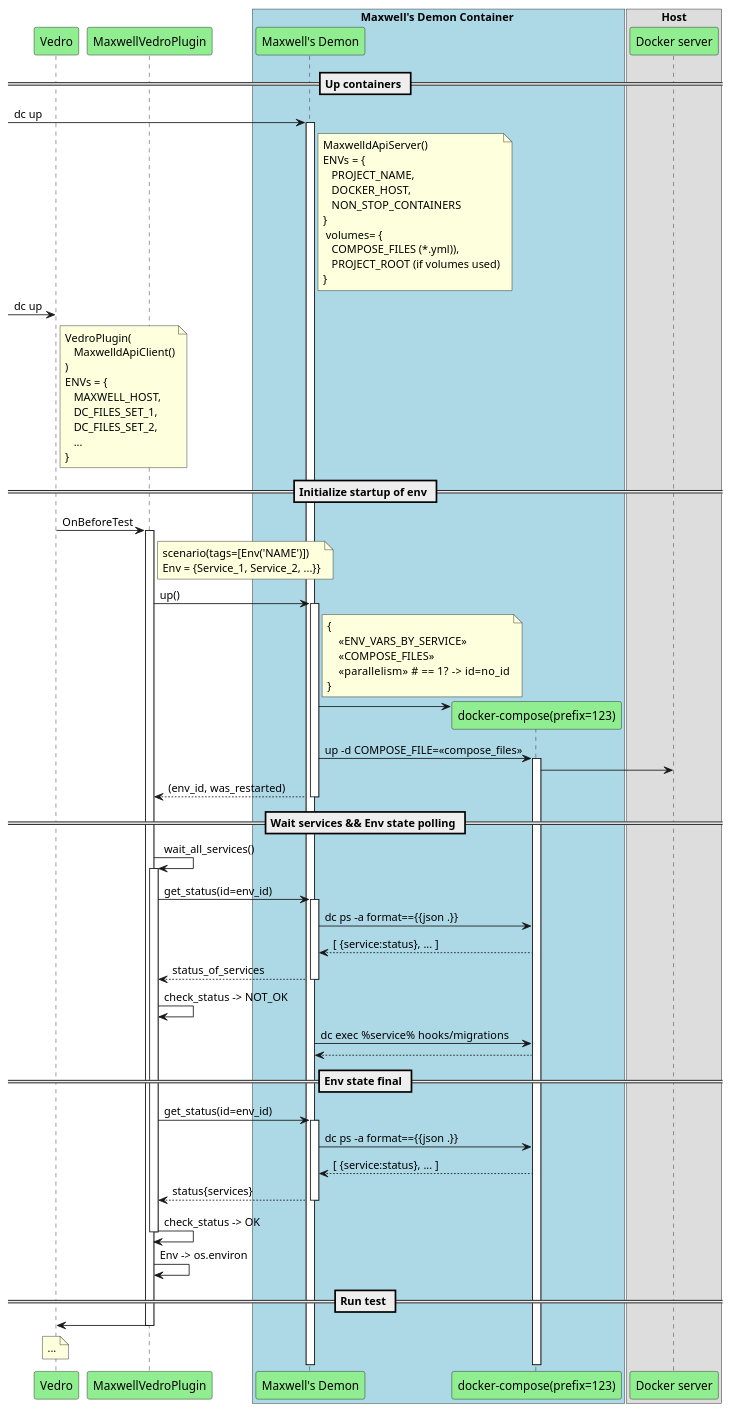
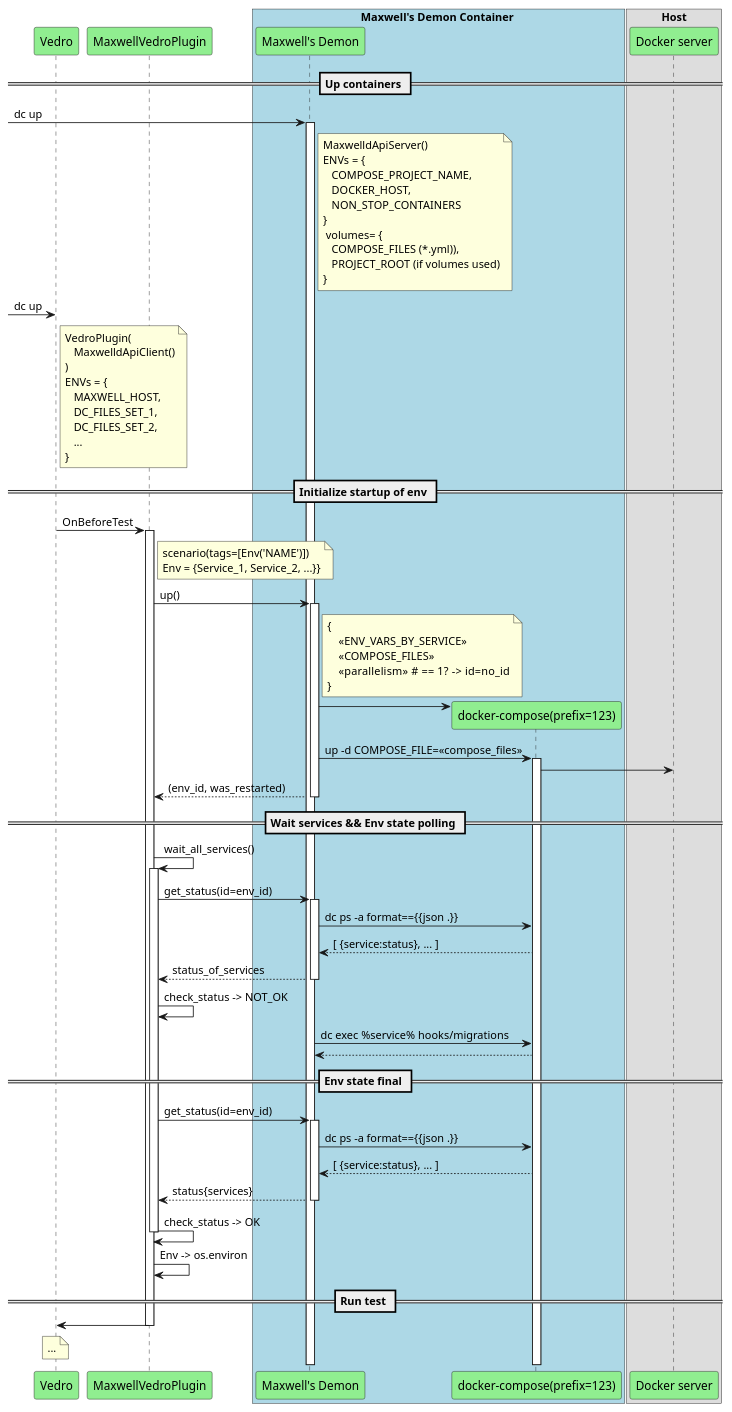
Before and after one commit to ko10ok/maxwelld: the diagram in ARCH.puml, drawn with PlantUML. The commit also changed 7 other files, not shown here.

```diff
--- a/ARCH.puml
+++ b/ARCH.puml
@@ -1,102 +1,102 @@
 @startuml
 participant Vedro #lightgreen
 participant MaxwellVedroPlugin #lightgreen
 box Maxwell's Demon Container #lightblue
 participant "Maxwell's Demon" #lightgreen
 
 
 
 == Up containers ==
 
 [-> "Maxwell's Demon": dc up
 activate "Maxwell's Demon"
-note right "Maxwell's Demon": MaxwelldApiServer() \nENVs = {\n   PROJECT_NAME, \n   DOCKER_HOST, \n   NON_STOP_CONTAINERS\n} \n volumes= {\n   COMPOSE_FILES (*.yml)), \n   PROJECT_ROOT (if volumes used)\n}
+note right "Maxwell's Demon": MaxwelldApiServer() \nENVs = {\n   COMPOSE_PROJECT_NAME, \n   DOCKER_HOST, \n   NON_STOP_CONTAINERS\n} \n volumes= {\n   COMPOSE_FILES (*.yml)), \n   PROJECT_ROOT (if volumes used)\n}
 
 [-> Vedro: dc up
 note right Vedro: VedroPlugin(\n   MaxwelldApiClient()\n) \nENVs = {\n   MAXWELL_HOST, \n   DC_FILES_SET_1,\n   DC_FILES_SET_2, \n   ...\n}
 
 
 
 == Initialize startup of env ==
 
 Vedro -> MaxwellVedroPlugin: OnBeforeTest
 
 note right  MaxwellVedroPlugin : scenario(tags=[Env('NAME')])\nEnv = {Service_1, Service_2, ...}}
 activate MaxwellVedroPlugin
 
 MaxwellVedroPlugin -> "Maxwell's Demon" : up()
 note right "Maxwell's Demon"
 {
     << ENV_VARS_BY_SERVICE >>
     << COMPOSE_FILES >>
     << parallelism >> # == 1?  ->  id=no_id
 }
 end note
 activate "Maxwell's Demon"
 
 
 participant "docker-compose(prefix=123)" #lightgreen
 end box
 
 "Maxwell's Demon" -> "docker-compose(prefix=123)" **:
 
 "Maxwell's Demon" -> "docker-compose(prefix=123)": up -d COMPOSE_FILE=<< compose_files >>
 activate "docker-compose(prefix=123)"
 
 box Host
 participant "Docker server" #lightgreen
 end box
 
 "docker-compose(prefix=123)" -> "Docker server"
 
 MaxwellVedroPlugin <-- "Maxwell's Demon" : (env_id, was_restarted)
 deactivate "Maxwell's Demon"
 
 
 
 == Wait services && Env state polling ==
 
 
 MaxwellVedroPlugin -> MaxwellVedroPlugin: wait_all_services()
 activate MaxwellVedroPlugin
 
 MaxwellVedroPlugin -> "Maxwell's Demon" : get_status(id=env_id)
 activate "Maxwell's Demon"
 
 "Maxwell's Demon" -> "docker-compose(prefix=123)" : dc ps -a format=={{json .}}
 "Maxwell's Demon" <-- "docker-compose(prefix=123)" : [ {service:status}, ... ]
 
 return status_of_services
 
 MaxwellVedroPlugin -> MaxwellVedroPlugin: check_status -> NOT_OK
 
 "Maxwell's Demon" -> "docker-compose(prefix=123)": dc exec %service% hooks/migrations
 
 "Maxwell's Demon" <-- "docker-compose(prefix=123)"
 
 
 
 == Env state final ==
 
 MaxwellVedroPlugin -> "Maxwell's Demon" : get_status(id=env_id)
 activate "Maxwell's Demon"
 
 "Maxwell's Demon" -> "docker-compose(prefix=123)" : dc ps -a format=={{json .}}
 "Maxwell's Demon" <-- "docker-compose(prefix=123)" : [ {service:status}, ... ]
 
 return status{services}
 
 MaxwellVedroPlugin -> MaxwellVedroPlugin: check_status -> OK
 deactivate MaxwellVedroPlugin
 
 
 MaxwellVedroPlugin -> MaxwellVedroPlugin: Env -> os.environ
 
 
 == Run test ==
 
 
 MaxwellVedroPlugin -> Vedro:
 deactivate MaxwellVedroPlugin
 note over Vedro: ...
 @enduml
```
